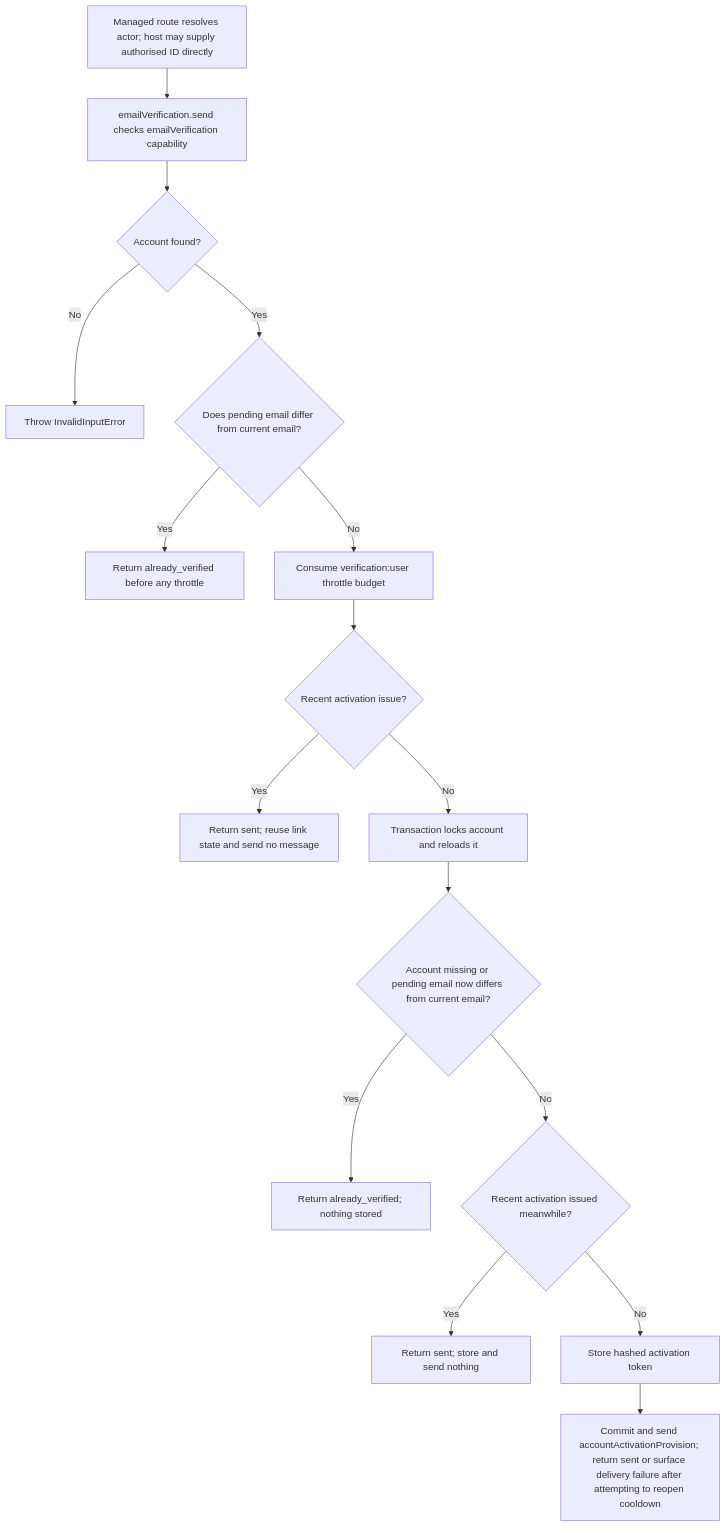
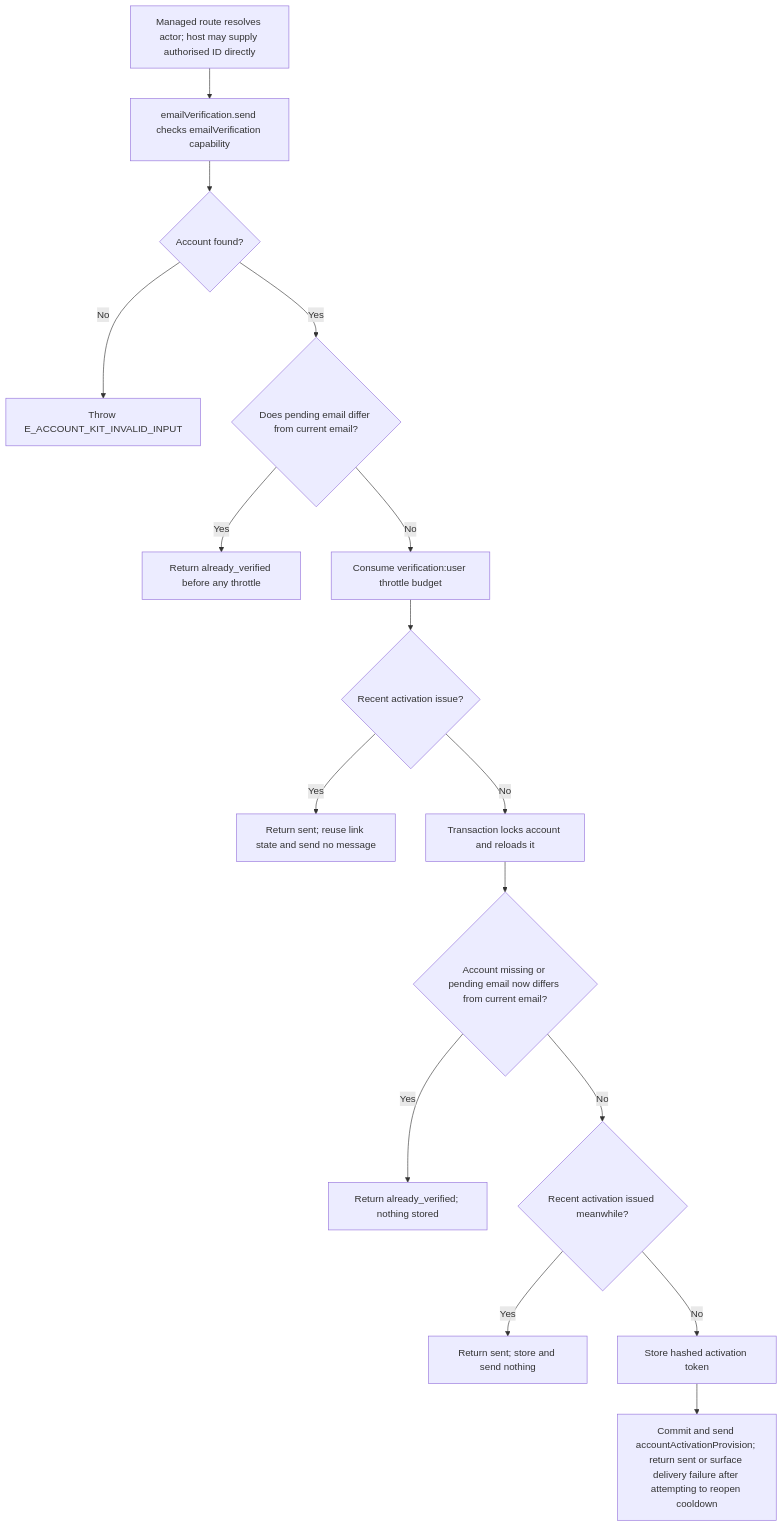
One commit to Kevinjohn/oss-adonisjs-account-kit changed the second of 2 diagrams in user-stories/US-ACCOUNT-37-resend-verification.md. Above: the diagram before and after it, drawn with Mermaid. The commit also changed other lines of this file and 362 other files, not shown here.

````diff
--- a/user-stories/US-ACCOUNT-37-resend-verification.md
+++ b/user-stories/US-ACCOUNT-37-resend-verification.md
@@ -33,18 +33,18 @@
 ```mermaid
 flowchart TD
  M["Managed route resolves actor; host may supply authorised ID directly"] --> A["emailVerification.send checks emailVerification capability"]
  A --> B{"Account found?"}
- B -->|No| X["Throw InvalidInputError"]
+ B -->|No| X["Throw E_ACCOUNT_KIT_INVALID_INPUT"]
  B -->|Yes| C{"Does pending email differ from current email?"}
  C -->|Yes| D["Return already_verified before any throttle"]
  C -->|No| T["Consume verification:user throttle budget"]
  T --> R{"Recent activation issue?"}
  R -->|Yes| E["Return sent; reuse link state and send no message"]
  R -->|No| F["Transaction locks account and reloads it"]
  F --> F1{"Account missing or pending email now differs from current email?"}
  F1 -->|Yes| D2["Return already_verified; nothing stored"]
  F1 -->|No| F2{"Recent activation issued meanwhile?"}
  F2 -->|Yes| E2["Return sent; store and send nothing"]
  F2 -->|No| F3["Store hashed activation token"]
  F3 --> G["Commit and send accountActivationProvision; return sent or surface delivery failure after attempting to reopen cooldown"]
 ```
````
